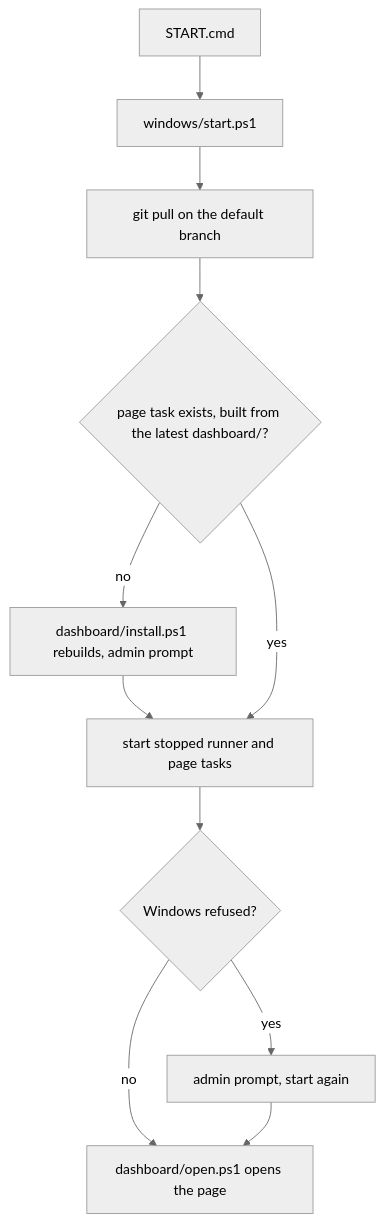
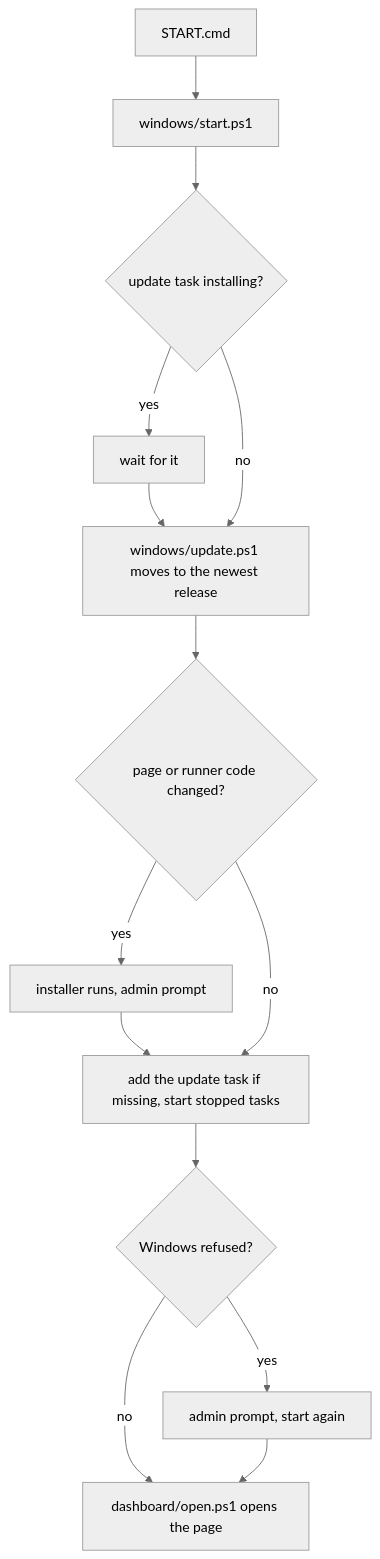
Before and after one commit to workbench-soft/local-ci: the fifth of 6 diagrams in docs/user-flows.md, drawn with Mermaid (neutral theme). The commit also changed other lines of this file and 8 other files, not shown here.

First line of the commit message:
feat: START.cmd installs through the update script, one install at a time (#69)

````diff
--- a/docs/user-flows.md
+++ b/docs/user-flows.md
@@ -94,13 +96,16 @@
 ```mermaid
 flowchart TD
   A[START.cmd] --> B[windows/start.ps1]
-  B --> P[git pull on the default branch]
-  P --> C{"page task exists, built from the latest dashboard/?"}
-  C -- no --> D[dashboard/install.ps1 rebuilds, admin prompt]
+  B --> L{update task installing?}
+  L -- yes --> W[wait for it]
+  W --> P
+  L -- no --> P[windows/update.ps1 moves to the newest release]
+  P --> C{page or runner code changed?}
+  C -- yes --> D[installer runs, admin prompt]
   D --> E
-  C -- yes --> E[start stopped runner and page tasks]
+  C -- no --> E[add the update task if missing, start stopped tasks]
   E --> F{Windows refused?}
   F -- yes --> G[admin prompt, start again]
   F -- no --> H[dashboard/open.ps1 opens the page]
   G --> H
 ```
````
